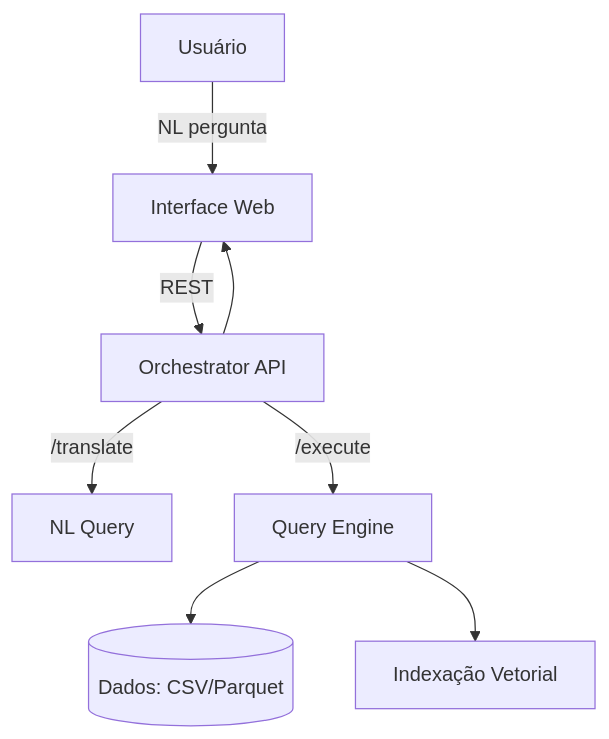
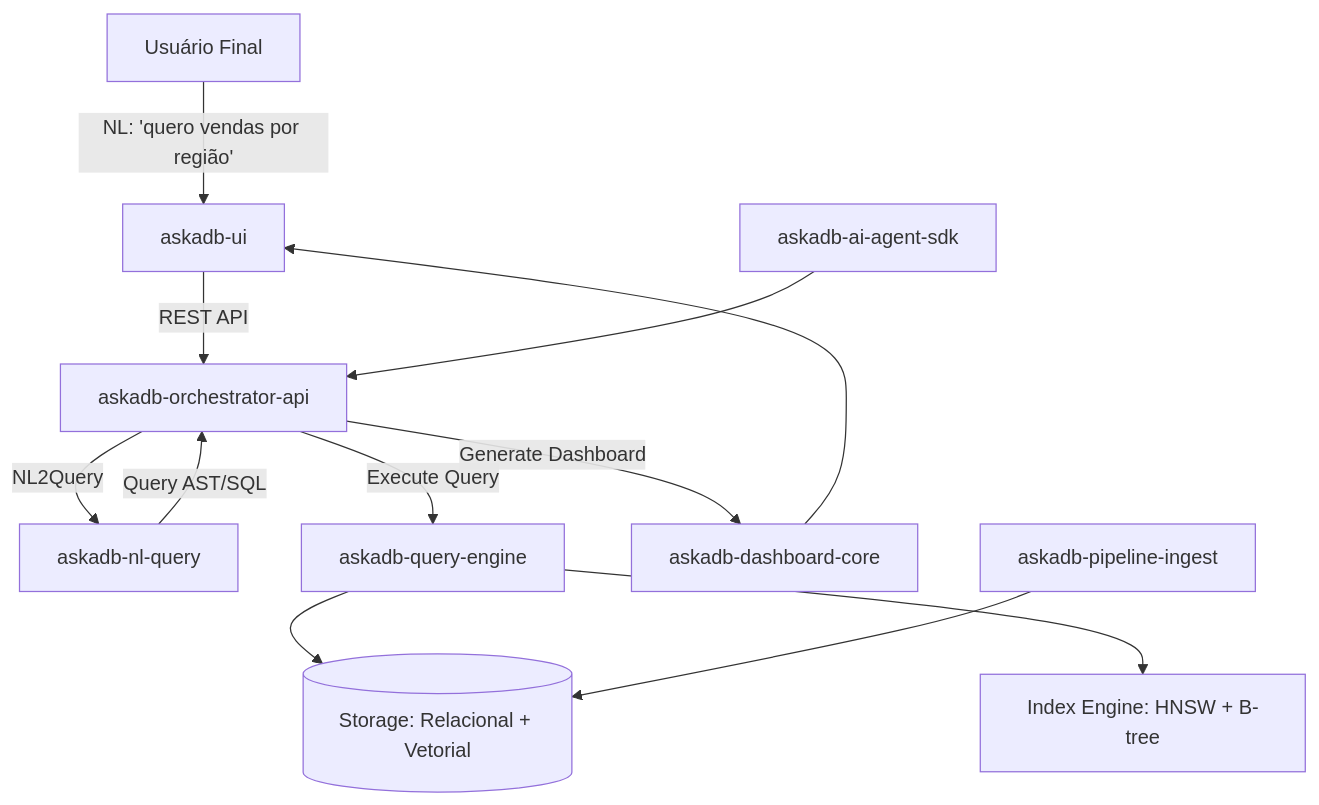
The diagram in ARCHITECTURE.md (AskaDB/askadb-docs), drawn with Mermaid before and after one commit. The commit also changed other lines of this file and 6 other files, not shown here.

````diff
--- a/ARCHITECTURE.md
+++ b/ARCHITECTURE.md
@@ -7,10 +31,19 @@
 ```mermaid
 flowchart TD
-  user[Usuário] -- NL pergunta --> ui[Interface Web]
-  ui -- REST --> orchestrator[Orchestrator API]
-  orchestrator -- /translate --> nlquery[NL Query]
-  orchestrator -- /execute --> engine[Query Engine]
-  engine --> storage[(Dados: CSV/Parquet)]
-  engine --> indexes[Indexação Vetorial]
-  orchestrator --> ui
+    user[Usuário Final] -- "NL: 'quero vendas por região'" --> ui[askadb-ui]
+    ui -- REST API --> orchestrator[askadb-orchestrator-api]
+    
+    orchestrator -- "NL2Query" --> nlquery[askadb-nl-query]
+    nlquery -- "Query AST/SQL" --> orchestrator
+    
+    orchestrator -- "Execute Query" --> engine[askadb-query-engine]
+    engine --> storage[(Storage: Relacional + Vetorial)]
+    engine --> indexes[Index Engine: HNSW + B-tree]
+    
+    orchestrator -- "Generate Dashboard" --> dashboard[askadb-dashboard-core]
+    dashboard --> ui
+    
+    pipeline[askadb-pipeline-ingest] --> storage
+    
+    sdk[askadb-ai-agent-sdk] --> orchestrator
 ```
````
